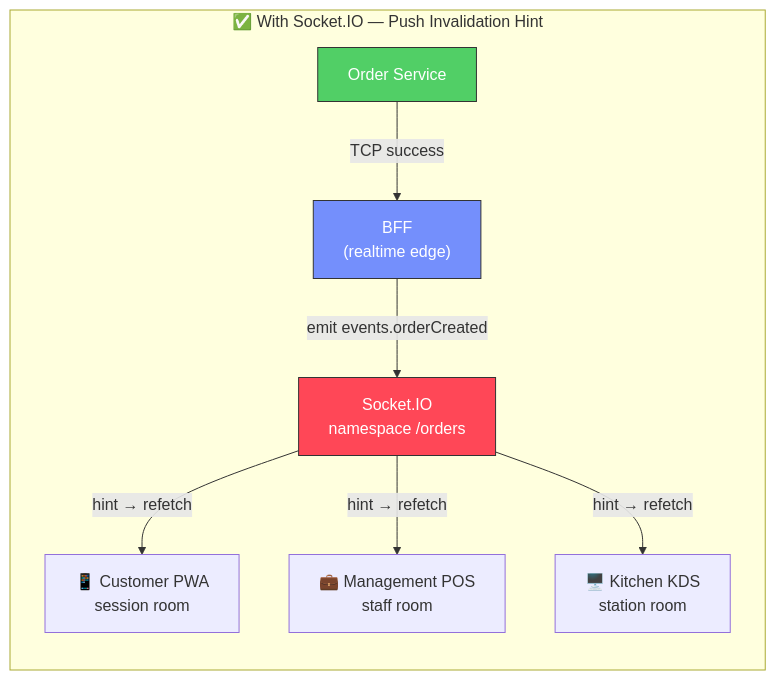
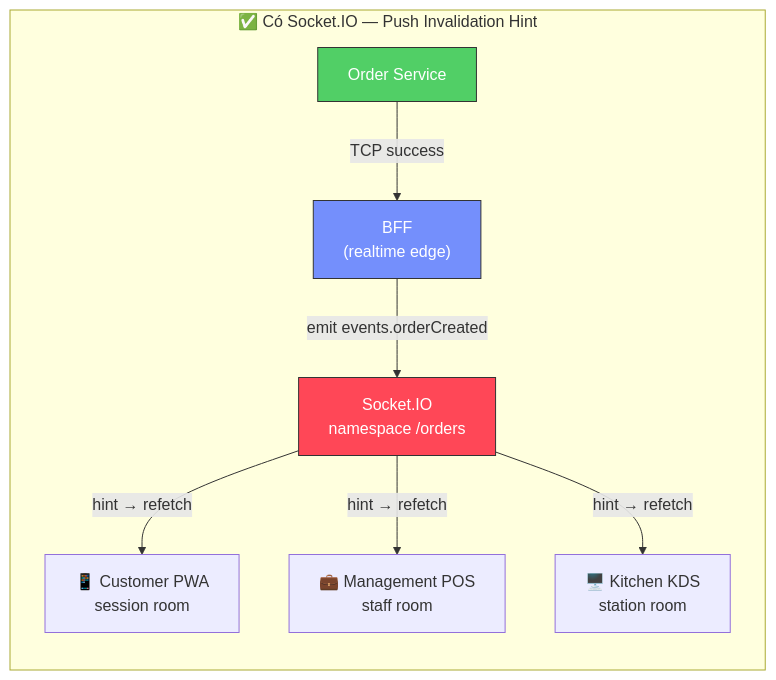
The second of 11 diagrams in docs/guides/websocket-socketio-qrtable.md (quan-vo-dinh/saas-pos-microservices-qrtable), drawn with Mermaid before and after one commit. The commit also changed other lines of this file and 8 other files, not shown here.

Commit message:
docs: update architecture guides, codebase map, and consolidation plans

````diff
--- a/docs/guides/websocket-socketio-qrtable.md
+++ b/docs/guides/websocket-socketio-qrtable.md
@@ -73,21 +73,21 @@
 ```mermaid
 graph LR
-subgraph "✅ With Socket.IO — Push Invalidation Hint"
+subgraph "✅ Có Socket.IO — Push Invalidation Hint"
         OS["Order Service"]
         BFF["BFF\n(realtime edge)"]
         WS["Socket.IO\nnamespace /orders"]
         PWA["📱 Customer PWA\nsession room"]
         POS["💼 Management POS\nstaff room"]
         KDS["🖥️ Kitchen KDS\nstation room"]
 
         OS -->|"TCP success"| BFF
         BFF -->|"emit events.orderCreated"| WS
         WS -->|"hint → refetch"| PWA
         WS -->|"hint → refetch"| POS
         WS -->|"hint → refetch"| KDS
     end
 
     style BFF fill:#748ffc,stroke:#333,color:#fff
     style WS fill:#ff4757,stroke:#333,color:#fff
     style OS fill:#51cf66,stroke:#333,color:#fff
 ```
````
